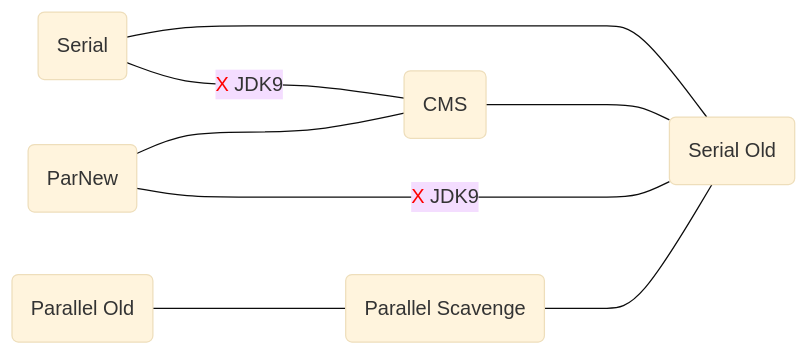
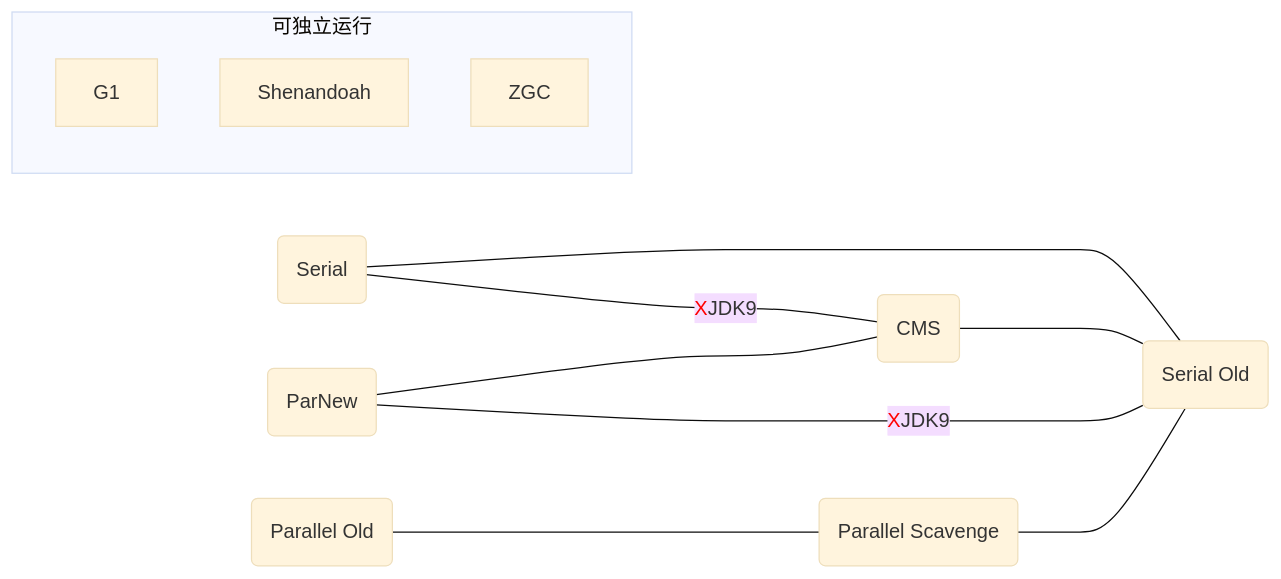
The second of 7 diagrams in JVM--Java虚拟机简单介绍.md (mudongjing/JVM-basic-knowledge), drawn with Mermaid (base theme) before and after one commit. The commit also changed other lines of this file, not shown here.

````diff
--- a/JVM--Java虚拟机简单介绍.md
+++ b/JVM--Java虚拟机简单介绍.md
@@ -282,11 +322,13 @@
 ```mermaid
 graph LR
-serial(Serial)----|<font Color=Red>X</font> JDK9|CMS(CMS)
+serial(Serial)----|<font Color=Red>X</font>JDK9|CMS(CMS)
 serial----serialold(Serial Old)
 CMS----serialold
-parnew(ParNew)----|<font Color=Red>X</font> JDK9|serialold
+parnew(ParNew)----|<font Color=Red>X</font>JDK9|serialold
 parnew----CMS
 paralleS(Parallel Scavenge) ----serialold
 parallO(Parallel Old)----paralleS
-
+subgraph 可独立运行
+G1;Shenandoah;ZGC
+end
 ```
````
